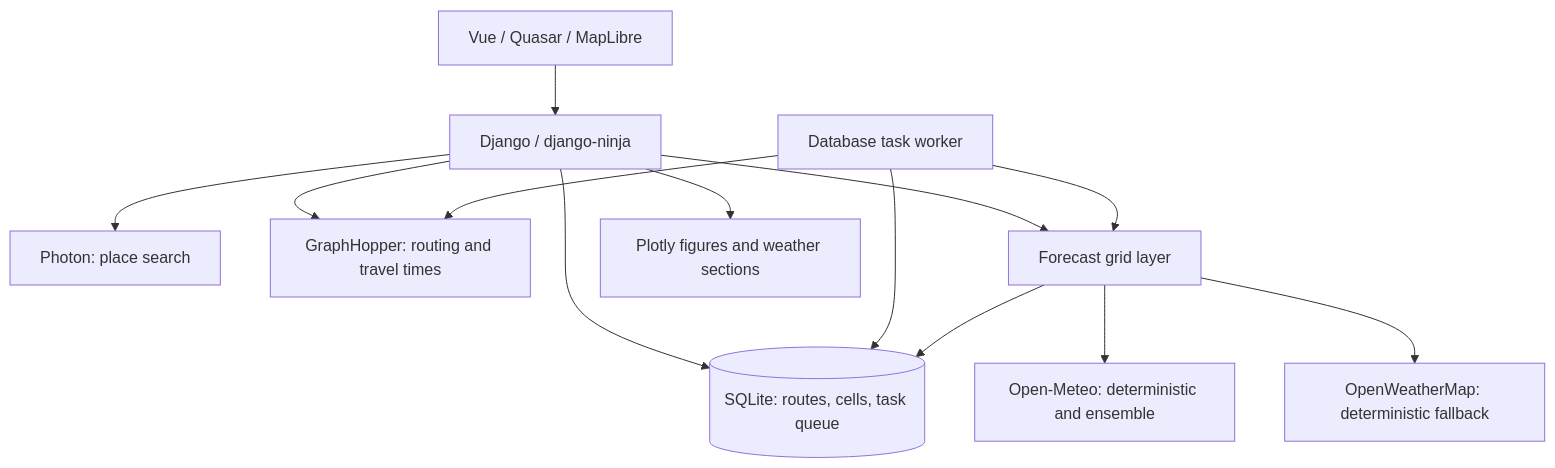
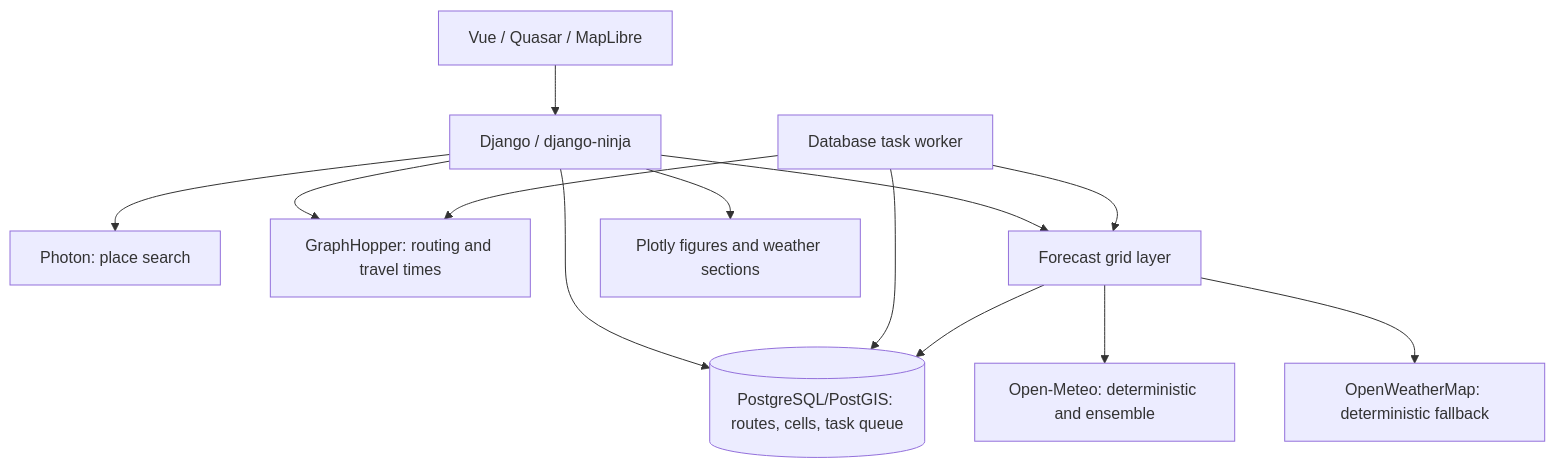
Before and after one commit to mnboos/norain: the diagram in docs/explanation/architecture.md, drawn with Mermaid. The commit also changed other lines of this file and 142 other files, not shown here.

````diff
--- a/docs/explanation/architecture.md
+++ b/docs/explanation/architecture.md
@@ -7,15 +7,15 @@
 ```mermaid
 flowchart TD
     UI[Vue / Quasar / MapLibre] --> API[Django / django-ninja]
     API --> Photon[Photon: place search]
     API --> GH[GraphHopper: routing and travel times]
-    API --> DB[(SQLite: routes, cells, task queue)]
+    API --> DB[(PostgreSQL/PostGIS: routes, cells, task queue)]
     Worker[Database task worker] --> DB
     Worker --> GH
     API --> Grid[Forecast grid layer]
     Worker --> Grid
     Grid --> DB
     Grid --> OM[Open-Meteo: deterministic and ensemble]
     Grid --> OWM[OpenWeatherMap: deterministic fallback]
     API --> Plot[Plotly figures and weather sections]
 ```
````
